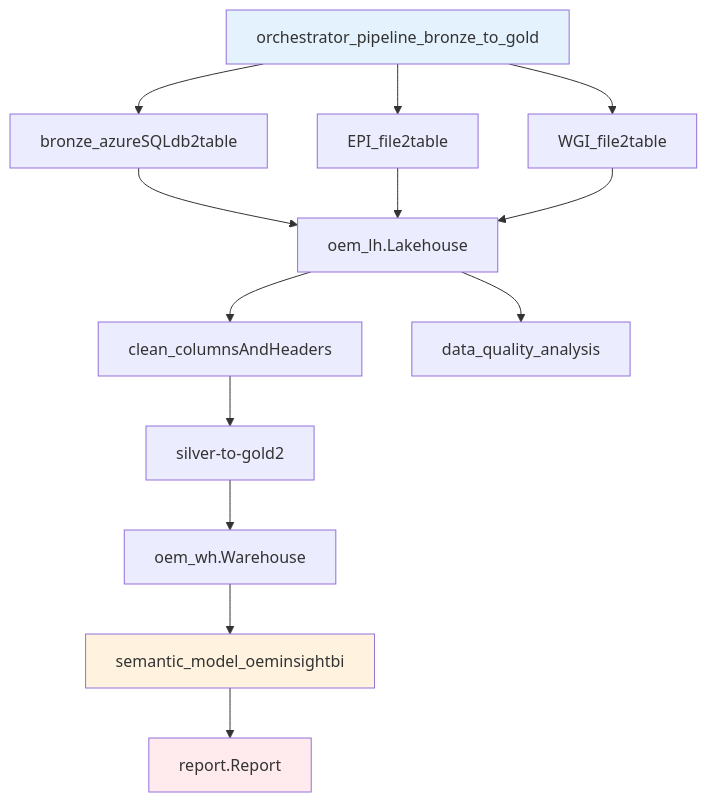
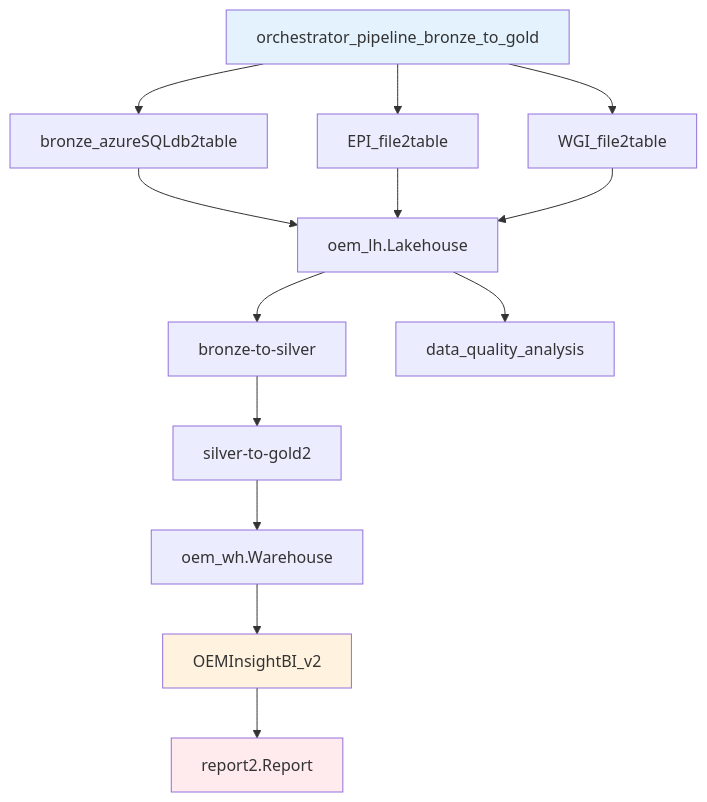
Before and after one commit to erikemilsson/OEMMatInsightBI: the diagram in docs/architecture/fabric-artifacts-inventory.md, drawn with Mermaid. The commit also changed other lines of this file and 26 other files, not shown here.

````diff
--- a/docs/architecture/fabric-artifacts-inventory.md
+++ b/docs/architecture/fabric-artifacts-inventory.md
@@ -70,38 +70,38 @@
 ```mermaid
 graph TD
     Pipeline[orchestrator_pipeline_bronze_to_gold]
 
     Bronze1[bronze_azureSQLdb2table]
     Bronze2[EPI_file2table]
     Bronze3[WGI_file2table]
 
-    Silver[clean_columnsAndHeaders]
+    Silver[bronze-to-silver]
     Gold[silver-to-gold2]
     DQ[data_quality_analysis]
 
     LH[oem_lh.Lakehouse]
     WH[oem_wh.Warehouse]
-    SM[semantic_model_oeminsightbi]
-    Report[report.Report]
+    SM[OEMInsightBI_v2]
+    Report[report2.Report]
 
     Pipeline --> Bronze1
     Pipeline --> Bronze2
     Pipeline --> Bronze3
 
     Bronze1 --> LH
     Bronze2 --> LH
     Bronze3 --> LH
 
     LH --> Silver
     Silver --> Gold
     Gold --> WH
 
     LH --> DQ
 
     WH --> SM
     SM --> Report
 
     style Pipeline fill:#e3f2fd
     style SM fill:#fff3e0
     style Report fill:#ffebee
 ```
````
